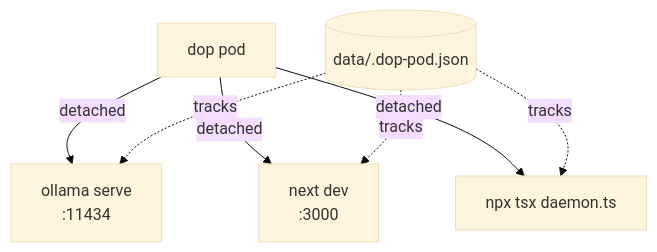
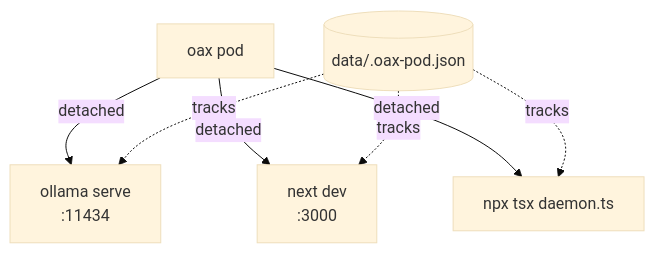
One commit to scwlkr/OpenAlfredo changed the fourth of 4 diagrams in docs/ARCHITECTURE.md. Above: the diagram before and after it, drawn with Mermaid (base theme). The commit also changed other lines of this file and 106 other files, not shown here.

````diff
--- a/docs/ARCHITECTURE.md
+++ b/docs/ARCHITECTURE.md
@@ -102,9 +102,9 @@
 ```mermaid
 flowchart TD
-  dop[dop pod] -->|detached| ollama[ollama serve<br/>:11434]
-  dop -->|detached| web[next dev<br/>:3000]
-  dop -->|detached| daemon[npx tsx daemon.ts]
-  state[(data/.dop-pod.json)] -.tracks.-> ollama
+  oax[oax pod] -->|detached| ollama[ollama serve<br/>:11434]
+  oax -->|detached| web[next dev<br/>:3000]
+  oax -->|detached| daemon[npx tsx daemon.ts]
+  state[(data/.oax-pod.json)] -.tracks.-> ollama
   state -.tracks.-> web
   state -.tracks.-> daemon
 ```
````
